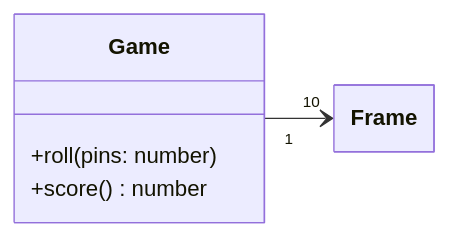
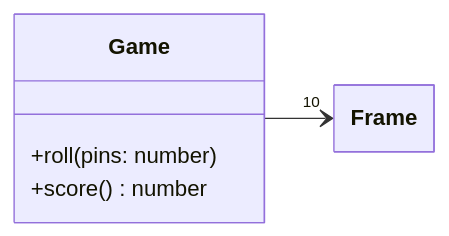
The third of 6 diagrams in pages/kata.md (benny123tw/tdd-introduction), drawn with Mermaid before and after one commit. The commit also changed other lines of this file, not shown here.

````diff
--- a/pages/kata.md
+++ b/pages/kata.md
@@ -62,19 +70,19 @@
 ```mermaid
 ---
 config:
   class:
     hideEmptyMembersBox: true
 ---
 
 classDiagram
 direction LR
     class Game {
         +roll(pins: number)
         +score() number
     }
 
     class Frame {
     }
 
-    Game "1" --> "10" Frame
+    Game --> "10" Frame
 ```
````
